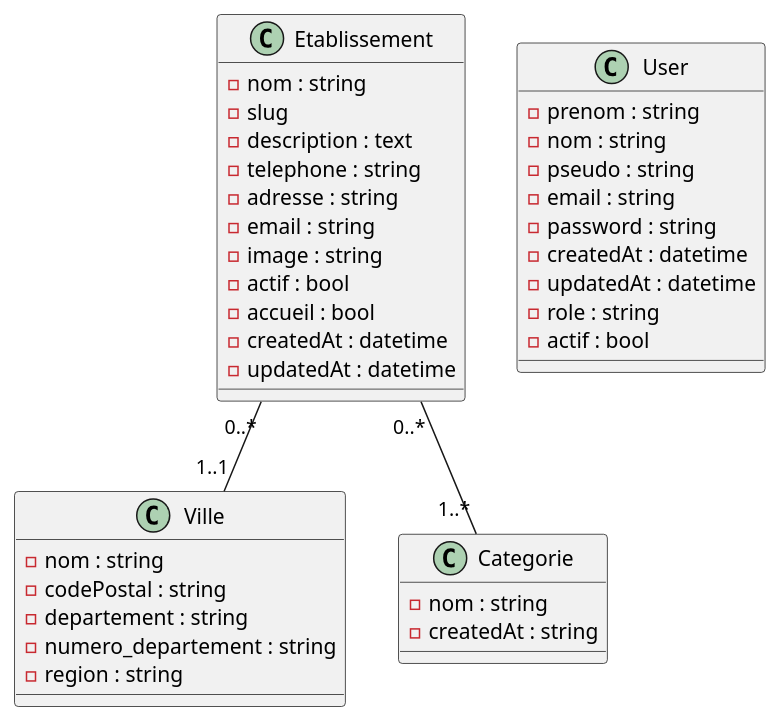
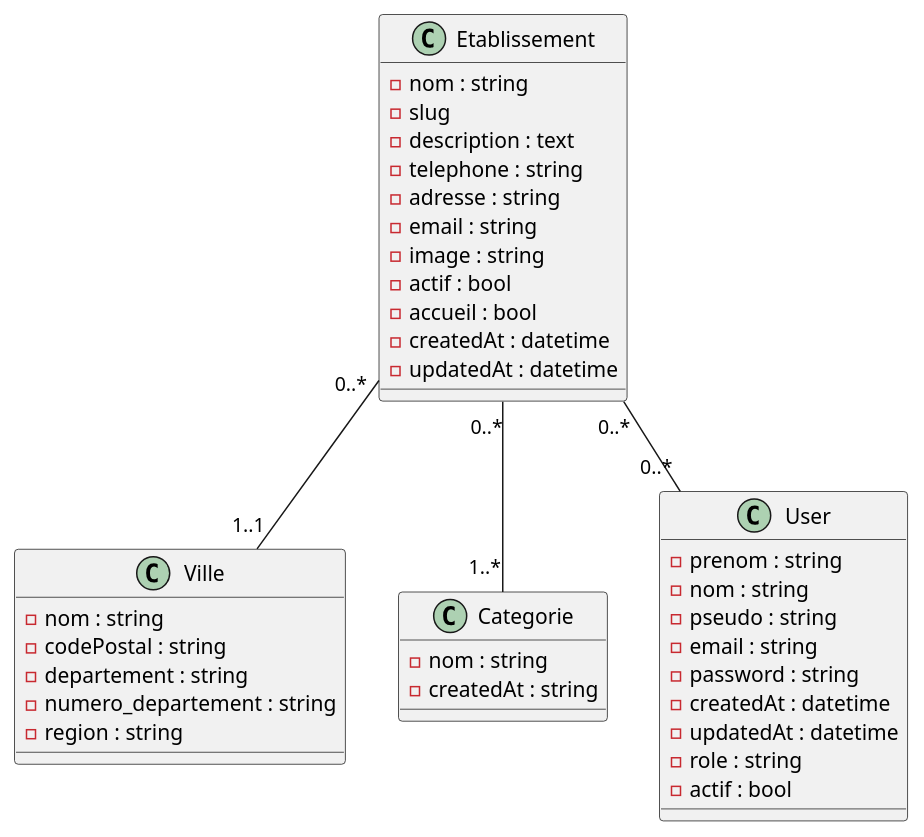
The diagram in documentation/diagramme_de_classe.puml (tvGuy2/Projet_tourisme), drawn with PlantUML before and after one commit. The commit also changed 7 other files, not shown here.

```diff
--- a/documentation/diagramme_de_classe.puml
+++ b/documentation/diagramme_de_classe.puml
@@ -1,48 +1,49 @@
 @startuml
 
 
 class Etablissement {
 -nom : string
 -slug
 -description : text
 -telephone : string
 -adresse : string
 -email : string
 -image : string
 -actif : bool
 -accueil : bool
 -createdAt : datetime
 -updatedAt : datetime
 }
 
 class Ville {
 -nom : string
 -codePostal : string
 -departement : string
 -numero_departement : string
 -region : string
 }
 
 class Categorie {
 -nom : string
 -createdAt : string
 }
 
 class User {
 -prenom : string
 -nom : string
 -pseudo : string
 -email : string
 -password : string
 -createdAt : datetime
 -updatedAt : datetime
 -role : string
 -actif : bool
 }
 
 Etablissement "0..*" -- "1..*" Categorie
 Etablissement "0..*" -- "1..1" Ville
+Etablissement "0..*" -- "0..*" User
 
 
 
 @enduml
```
